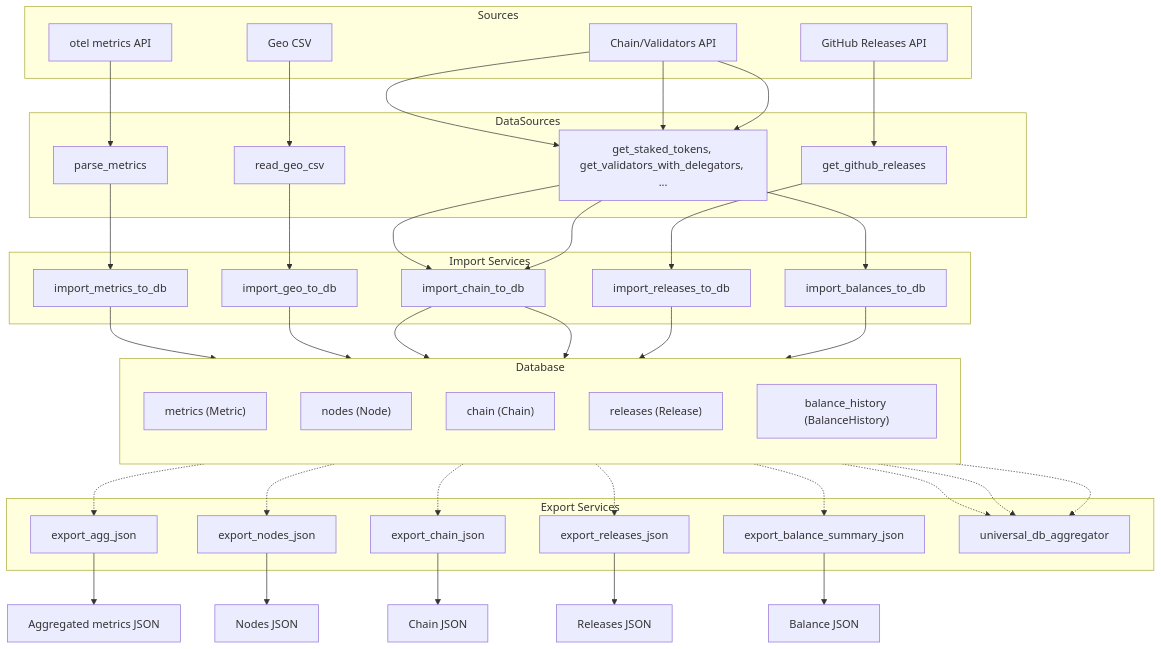
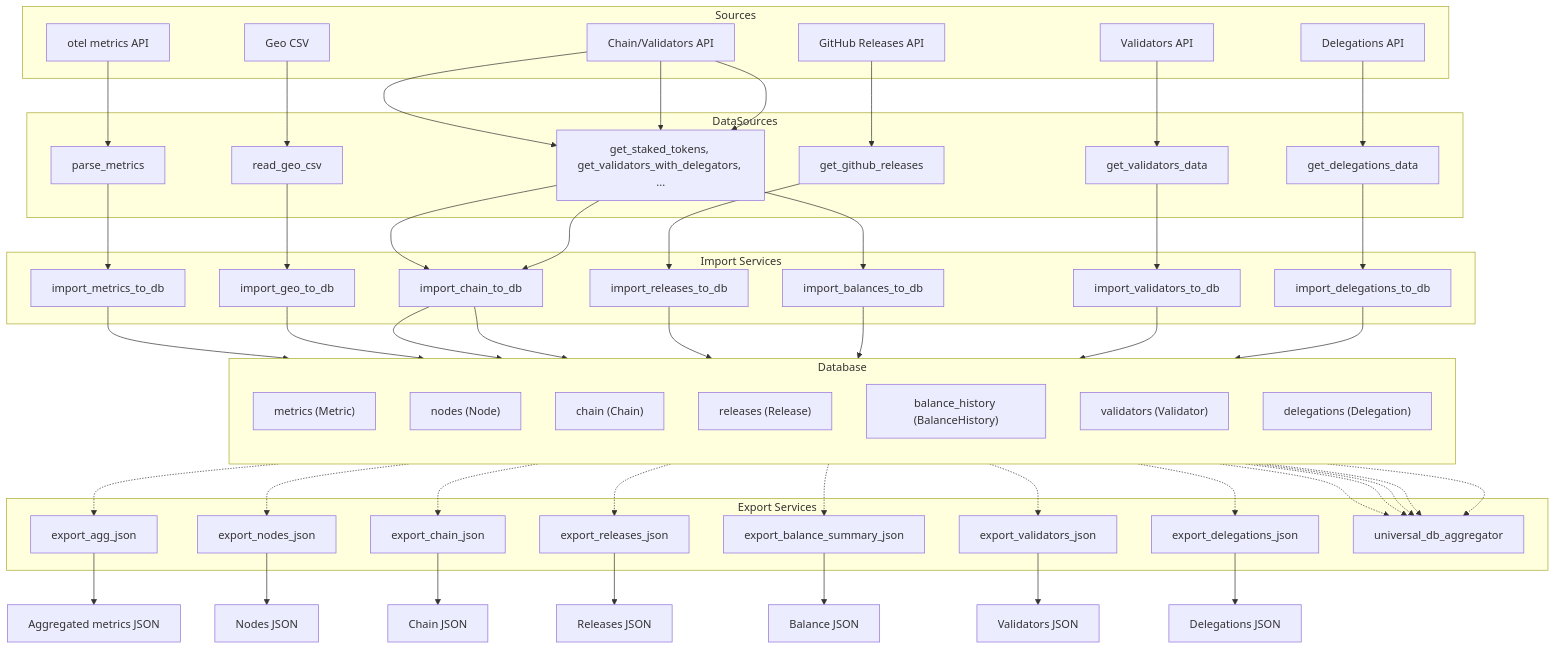
One commit to muhaylosemenyuk/celestiabridgeexplorer changed the first of 2 diagrams in README.md. Above: the diagram before and after it, drawn with Mermaid. The commit also changed other lines of this file and 22 other files, not shown here.

Commit message:
Add validators/delegations with advanced filtering & MCP optimization

````diff
--- a/README.md
+++ b/README.md
@@ -229,64 +261,82 @@
 ```mermaid
 flowchart TD
     subgraph Sources
         A1["otel metrics API"]
         A2["Geo CSV"]
         A3["Chain/Validators API"]
         A4["GitHub Releases API"]
+        A5["Validators API"]
+        A6["Delegations API"]
     end
 
     subgraph DataSources
         B1["parse_metrics"]
         B2["read_geo_csv"]
         B3["get_staked_tokens, get_validators_with_delegators, ..."]
         B4["get_github_releases"]
+        B5["get_validators_data"]
+        B6["get_delegations_data"]
     end
 
     subgraph ImportServices["Import Services"]
         C1["import_metrics_to_db"]
         C2["import_geo_to_db"]
         C3["import_chain_to_db"]
         C4["import_releases_to_db"]
         C5["import_balances_to_db"]
+        C6["import_validators_to_db"]
+        C7["import_delegations_to_db"]
     end
 
     subgraph DB[Database]
         direction TB
         D1["metrics (Metric)"]
         D2["nodes (Node)"]
         D3["chain (Chain)"]
         D4["releases (Release)"]
         D5["balance_history (BalanceHistory)"]
+        D6["validators (Validator)"]
+        D7["delegations (Delegation)"]
     end
 
     subgraph ExportServices["Export Services"]
         E1["export_agg_json"]
         E2["export_chain_json"]
         E3["export_nodes_json"]
         E4["export_releases_json"]
         E5["export_balance_summary_json"]
-        E6["universal_db_aggregator"]
+        E6["export_validators_json"]
+        E7["export_delegations_json"]
+        E8["universal_db_aggregator"]
     end
 
     F1["Aggregated metrics JSON"]
     F2["Chain JSON"]
     F3["Nodes JSON"]
     F4["Releases JSON"]
     F5["Balance JSON"]
+    F6["Validators JSON"]
+    F7["Delegations JSON"]
 
     A1 --> B1 --> C1 --> D1
     A2 --> B2 --> C2 --> D2
     A3 --> B3 --> C3 --> D3
     A3 --> B3 --> C3 --> D5
     A4 --> B4 --> C4 --> D4
     A3 --> B3 --> C5 --> D5
+    A5 --> B5 --> C6 --> D6
+    A6 --> B6 --> C7 --> D7
 
     D1 -.-> E1 --> F1
-    D1 -.-> E6
+    D1 -.-> E8
     D2 -.-> E3 --> F3
-    D2 -.-> E6
+    D2 -.-> E8
     D3 -.-> E2 --> F2
     D4 -.-> E4 --> F4
     D5 -.-> E5 --> F5
-    D5 -.-> E6
+    D5 -.-> E8
+    D6 -.-> E6 --> F6
+    D6 -.-> E8
+    D7 -.-> E7 --> F7
+    D7 -.-> E8
 ```
````
